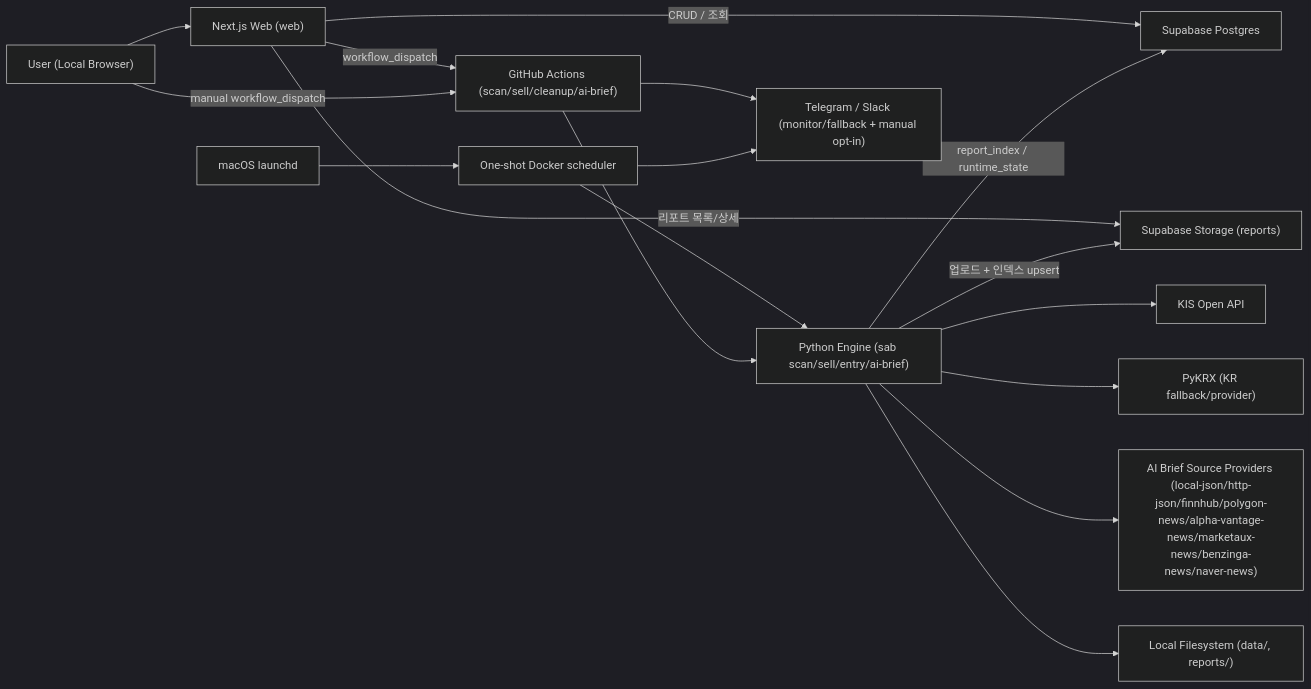
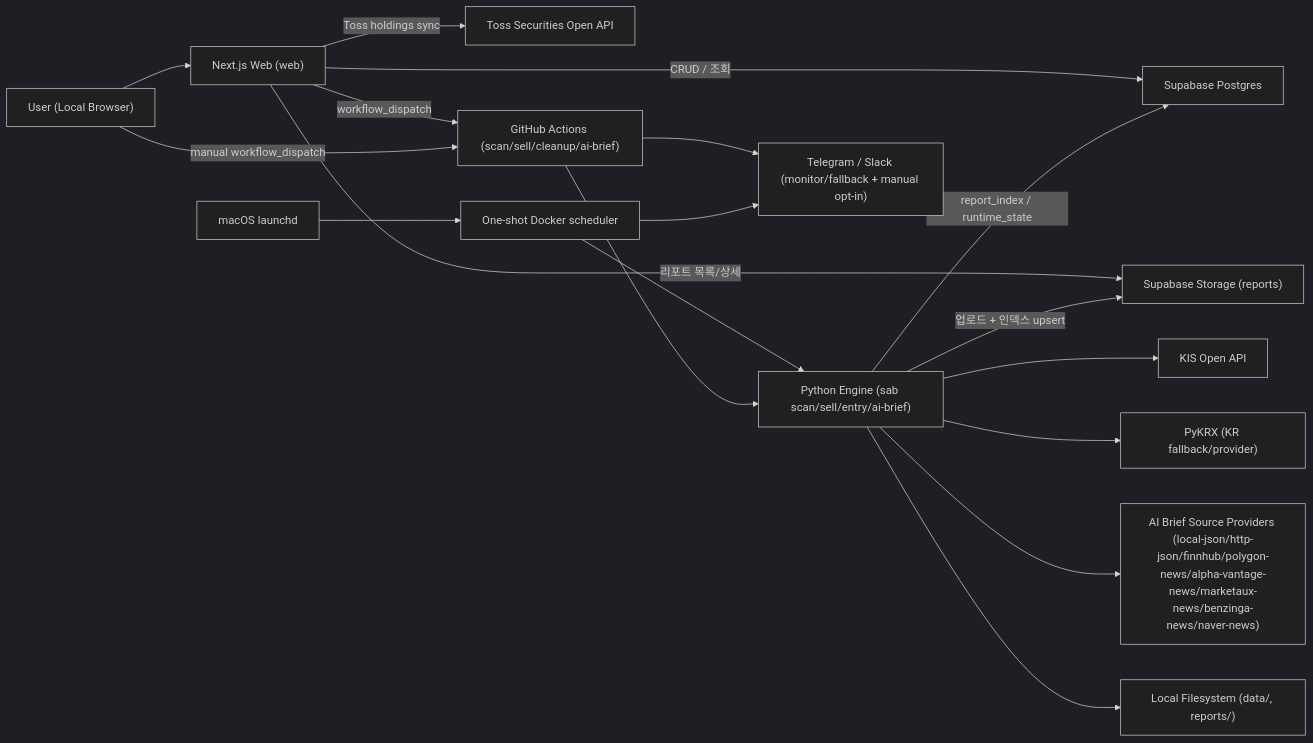
One commit to mochafreddo/swing-trading-report changed the diagram in docs/ARCHITECTURE.md. Above: the diagram before and after it, drawn with Mermaid (dark theme). The commit also changed other lines of this file and 21 other files, not shown here.

````diff
--- a/docs/ARCHITECTURE.md
+++ b/docs/ARCHITECTURE.md
@@ -43,21 +43,22 @@
 ```mermaid
 flowchart LR
   U["User (Local Browser)"] --> W["Next.js Web (web)"]
   W -->|CRUD / 조회| SDB["Supabase Postgres"]
+  W -->|Toss holdings sync| TOSS["Toss Securities Open API"]
   W -->|리포트 목록/상세| SST["Supabase Storage (reports)"]
   W -->|workflow_dispatch| GHA["GitHub Actions (scan/sell/cleanup/ai-brief)"]
   U -->|manual workflow_dispatch| GHA
   LD["macOS launchd"] --> DK["One-shot Docker scheduler"]
   DK --> P
 
   GHA --> P["Python Engine (sab scan/sell/entry/ai-brief)"]
   P --> KIS["KIS Open API"]
   P --> PY["PyKRX (KR fallback/provider)"]
   P --> SRC["AI Brief Source Providers (local-json/http-json/finnhub/polygon-news/alpha-vantage-news/marketaux-news/benzinga-news/naver-news)"]
   P --> LF["Local Filesystem (data/, reports/)"]
   P -->|업로드 + 인덱스 upsert| SST
   P -->|report_index / runtime_state| SDB
 
   GHA --> TG["Telegram / Slack (monitor/fallback + manual opt-in)"]
   DK --> TG
 ```
````
